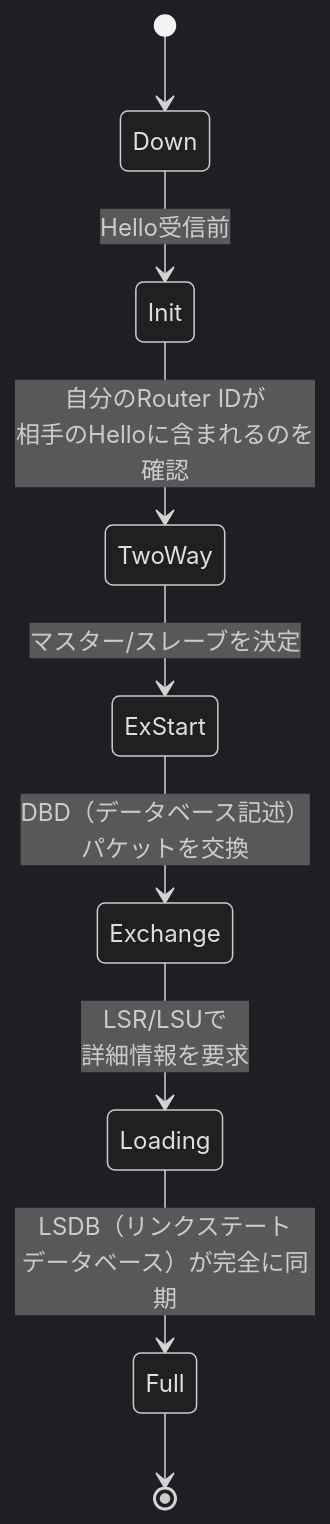
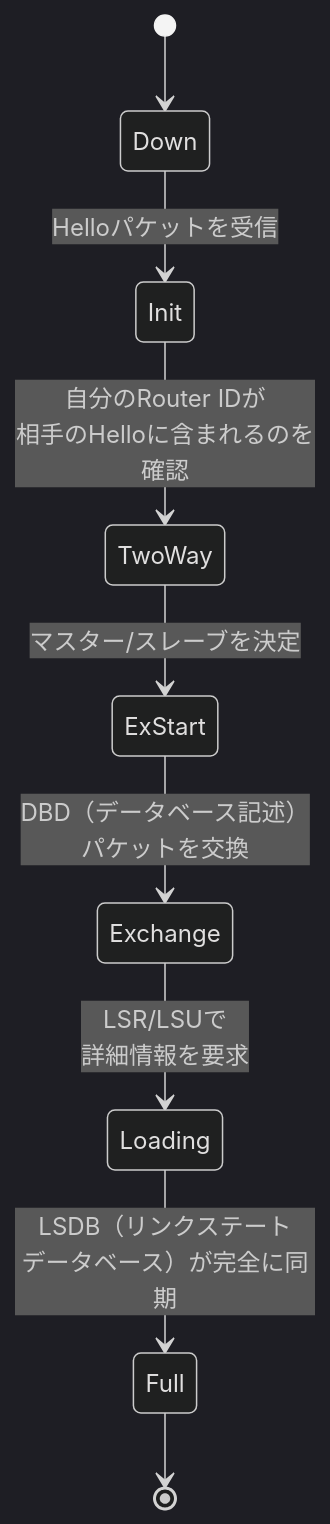
Before and after one commit to myoshi2891/Cloud-Infrastructure-Studies: the fifth of 7 diagrams in archive/Cisco/md/ccna/Ccna-ip-connectivity-guide.md, drawn with Mermaid (dark theme). The commit also changed other lines of this file and 5 other files, not shown here.

Commit message:
docs(archive): fix formatting, placeholders, auth headers, and Mermaid syntax in Cisco CCNA Markdown guides

````diff
--- a/archive/Cisco/md/ccna/Ccna-ip-connectivity-guide.md
+++ b/archive/Cisco/md/ccna/Ccna-ip-connectivity-guide.md
@@ -217,11 +217,11 @@
 ```mermaid
 stateDiagram-v2
     [*] --> Down
-    Down --> Init : Hello受信前
+    Down --> Init : Helloパケットを受信
     Init --> TwoWay : 自分のRouter IDが<br>相手のHelloに含まれるのを確認
     TwoWay --> ExStart : マスター/スレーブを決定
     ExStart --> Exchange : DBD（データベース記述）<br>パケットを交換
     Exchange --> Loading : LSR/LSUで<br>詳細情報を要求
     Loading --> Full : LSDB（リンクステート<br>データベース）が完全に同期
     Full --> [*]
 ```
````
